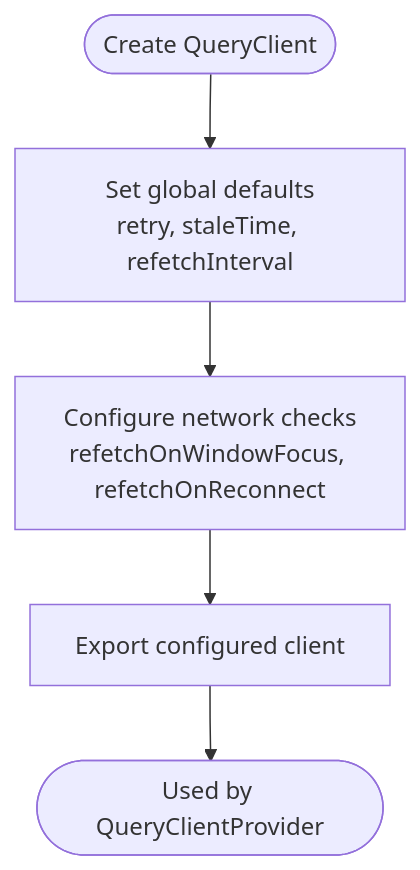
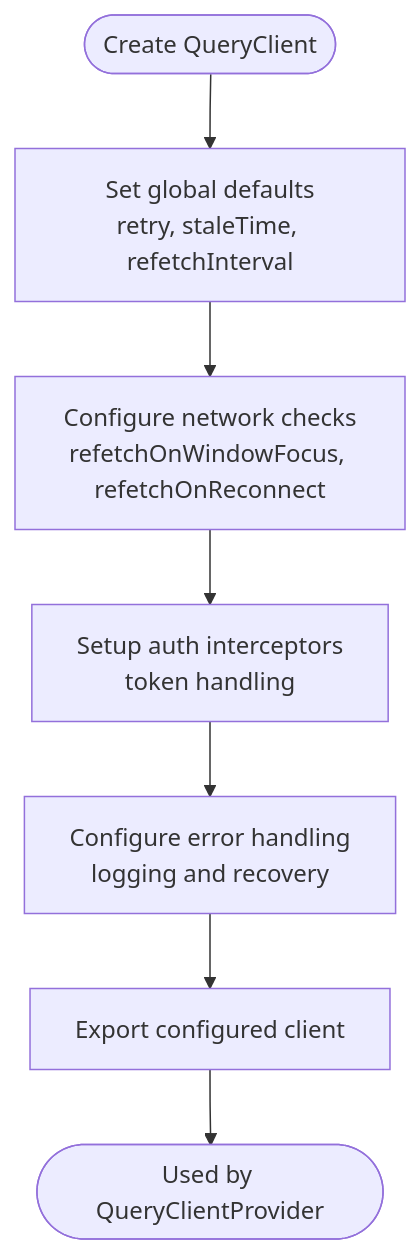
The third of 5 diagrams in .qoder/repowiki/en/content/System Architecture/Frontend Architecture/State Management/React Query Integration.md (franckylab/eLISAschool), drawn with Mermaid before and after one commit. The commit also changed other lines of this file and 19 other files, not shown here.

````diff
--- a/.qoder/repowiki/en/content/System Architecture/Frontend Architecture/State Management/React Query Integration.md
+++ b/.qoder/repowiki/en/content/System Architecture/Frontend Architecture/State Management/React Query Integration.md
@@ -141,7 +161,9 @@
 ```mermaid
 flowchart TD
 Start(["Create QueryClient"]) --> Defaults["Set global defaults<br/>retry, staleTime, refetchInterval"]
 Defaults --> Network["Configure network checks<br/>refetchOnWindowFocus, refetchOnReconnect"]
-Network --> Export["Export configured client"]
+Network --> Auth["Setup auth interceptors<br/>token handling"]
+Auth --> Error["Configure error handling<br/>logging and recovery"]
+Error --> Export["Export configured client"]
 Export --> End(["Used by QueryClientProvider"])
 ```
````
